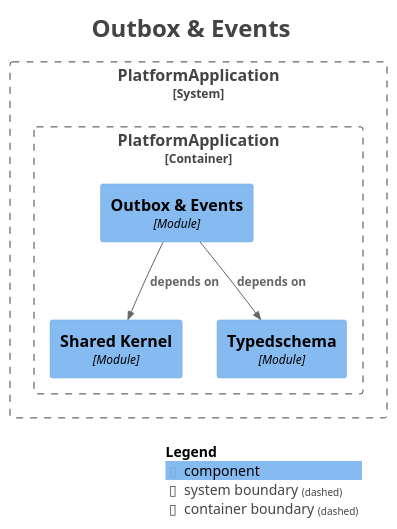
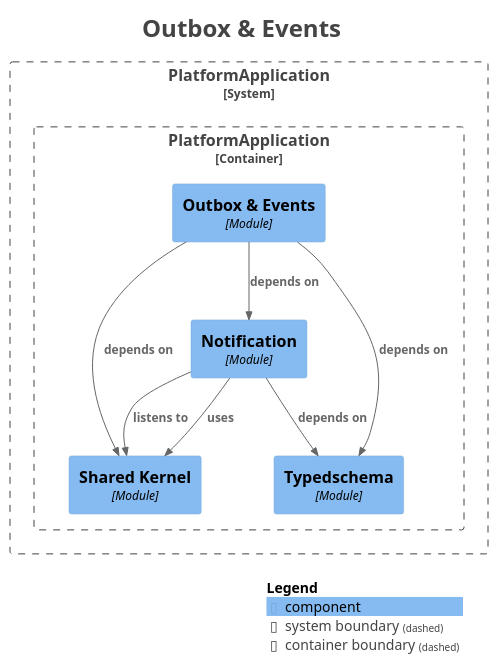
One commit to shangxq007/media-platform changed the diagram in platform-app/docs/architecture/maps/generated/modulith/module-outbox.puml. Above: the diagram before and after it, drawn with PlantUML. The commit also changed 43 other files, not shown here.

```diff
--- a/platform-app/docs/architecture/maps/generated/modulith/module-outbox.puml
+++ b/platform-app/docs/architecture/maps/generated/modulith/module-outbox.puml
@@ -1,32 +1,37 @@
 @startuml
 title <size:24>Outbox & Events</size>
 
 set separator none
 top to bottom direction
 
 <style>
   root {
     BackgroundColor: #ffffff
     FontColor: #444444
   }
 </style>
 
 !include <C4/C4>
 !include <C4/C4_Context>
 !include <C4/C4_Component>
 
 System_Boundary("PlatformApplication_boundary", "PlatformApplication", $tags="") {
   Container_Boundary("PlatformApplication.PlatformApplication_boundary", "PlatformApplication", $tags="") {
+    Component(PlatformApplication.PlatformApplication.Notification, "Notification", $techn="Module", $descr="", $tags="", $link="")
+    Component(PlatformApplication.PlatformApplication.OutboxEvents, "Outbox & Events", $techn="Module", $descr="", $tags="", $link="")
     Component(PlatformApplication.PlatformApplication.SharedKernel, "Shared Kernel", $techn="Module", $descr="", $tags="", $link="")
     Component(PlatformApplication.PlatformApplication.Typedschema, "Typedschema", $techn="Module", $descr="", $tags="", $link="")
-    Component(PlatformApplication.PlatformApplication.OutboxEvents, "Outbox & Events", $techn="Module", $descr="", $tags="", $link="")
   }
 
 }
 
+Rel(PlatformApplication.PlatformApplication.Notification, PlatformApplication.PlatformApplication.SharedKernel, "listens to", $techn="", $tags="", $link="")
+Rel(PlatformApplication.PlatformApplication.Notification, PlatformApplication.PlatformApplication.Typedschema, "depends on", $techn="", $tags="", $link="")
+Rel(PlatformApplication.PlatformApplication.Notification, PlatformApplication.PlatformApplication.SharedKernel, "uses", $techn="", $tags="", $link="")
 Rel(PlatformApplication.PlatformApplication.OutboxEvents, PlatformApplication.PlatformApplication.SharedKernel, "depends on", $techn="", $tags="", $link="")
+Rel(PlatformApplication.PlatformApplication.OutboxEvents, PlatformApplication.PlatformApplication.Notification, "depends on", $techn="", $tags="", $link="")
 Rel(PlatformApplication.PlatformApplication.OutboxEvents, PlatformApplication.PlatformApplication.Typedschema, "depends on", $techn="", $tags="", $link="")
 
 SHOW_LEGEND(true)
 hide stereotypes
 @enduml
```
